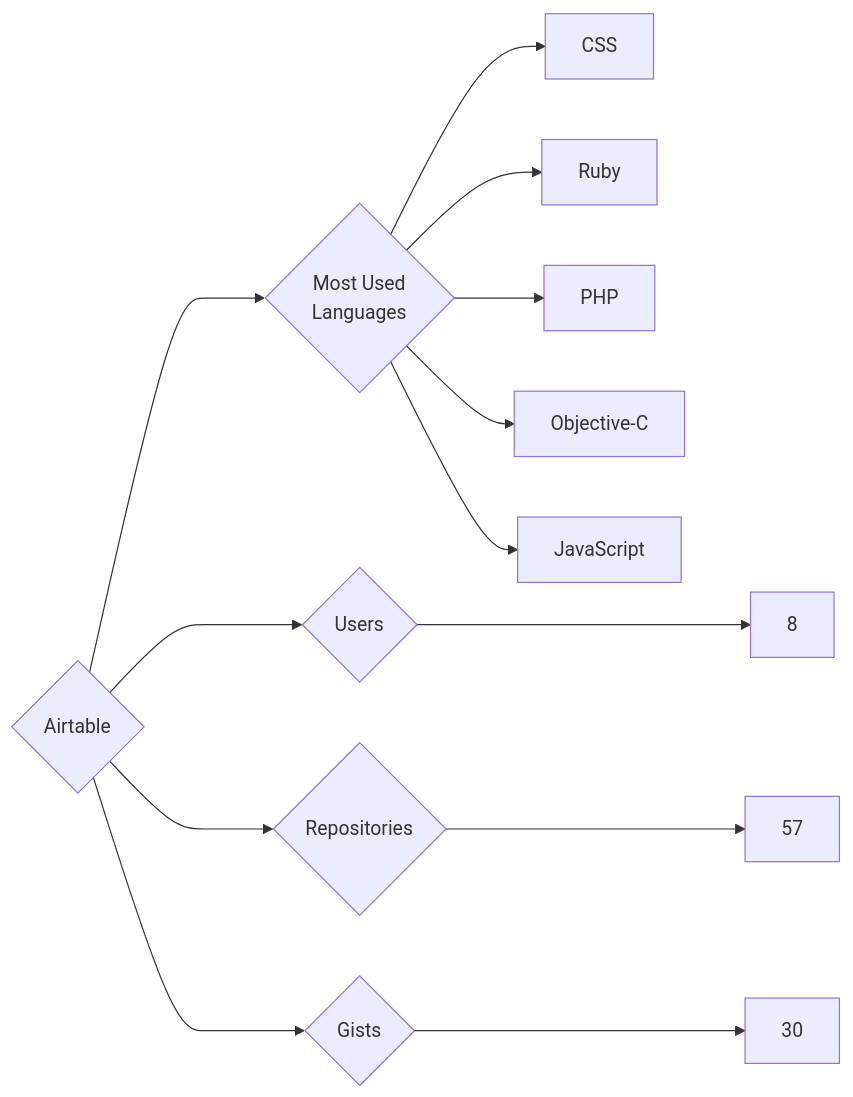
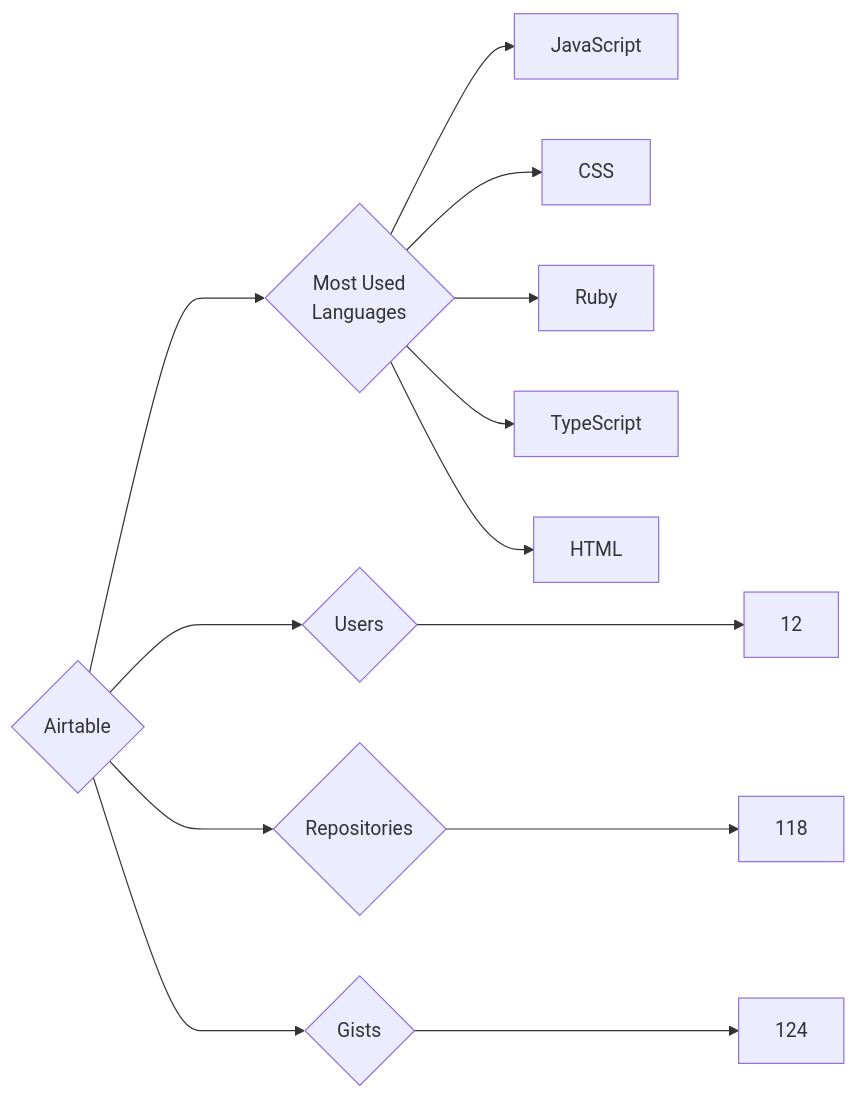
The diagram in targets/Airtable/README.md (trickest/insiders), drawn with Mermaid before and after one commit. The commit also changed 997 other files, not shown here.

````diff
--- a/targets/Airtable/README.md
+++ b/targets/Airtable/README.md
@@ -3,13 +3,13 @@
 ```mermaid
 graph LR
 COMPANY_NAME{Airtable}
-COMPANY_NAME ---> U{Users} ---> UN[8]
-COMPANY_NAME ---> R{Repositories} ---> RN[57]
-COMPANY_NAME ---> G{Gists} ---> GN[30]
+COMPANY_NAME ---> U{Users} ---> UN[12]
+COMPANY_NAME ---> R{Repositories} ---> RN[118]
+COMPANY_NAME ---> G{Gists} ---> GN[124]
 COMPANY_NAME ---> ML{Most Used<br>Languages}
+ML --> JavaScript[JavaScript]
 ML --> CSS[CSS]
 ML --> Ruby[Ruby]
-ML --> PHP[PHP]
-ML --> Objective-C[Objective-C]
-ML --> JavaScript[JavaScript]
+ML --> TypeScript[TypeScript]
+ML --> HTML[HTML]
 ```
````
